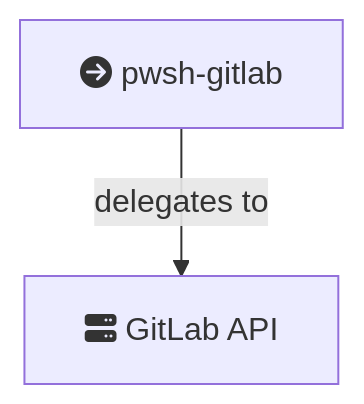
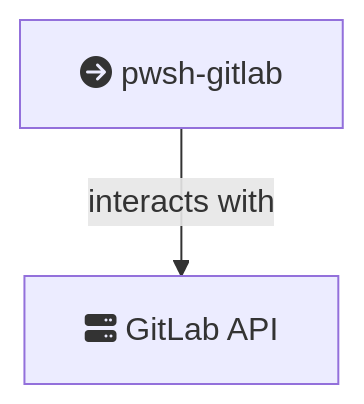
One commit to chris-peterson/pwsh-gitlab changed the diagram in TechStack.md. Above: the diagram before and after it, drawn with Mermaid. The commit also changed 14 other files, not shown here.

````diff
--- a/TechStack.md
+++ b/TechStack.md
@@ -5,6 +5,6 @@
 ```mermaid
 graph TD
   pwsh-gitlab["fa:fa-arrow-circle-right pwsh-gitlab"]
   gitlab-api["fa:fa-server GitLab API"]
-  pwsh-gitlab -- delegates to --> gitlab-api
+  pwsh-gitlab -- interacts with --> gitlab-api
 ```
````
